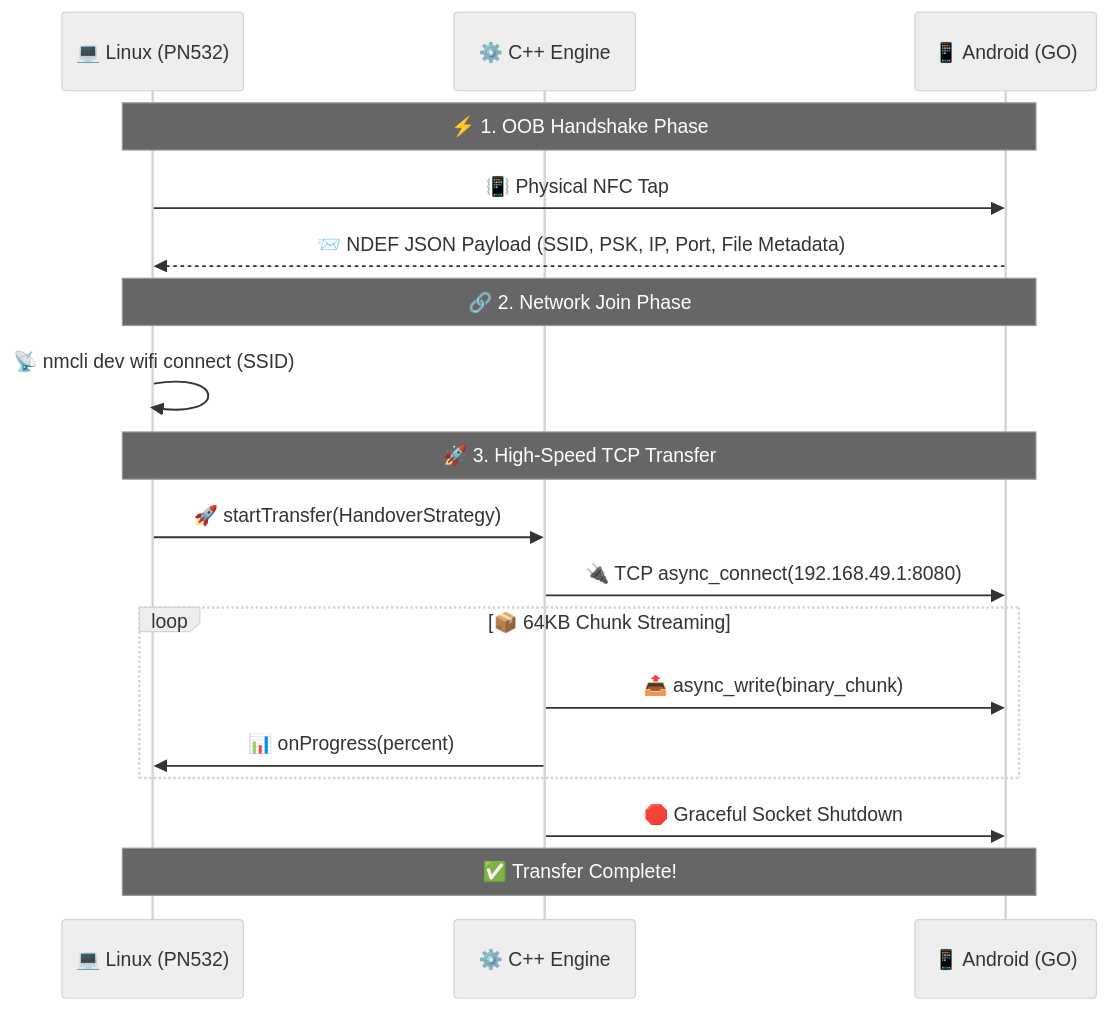
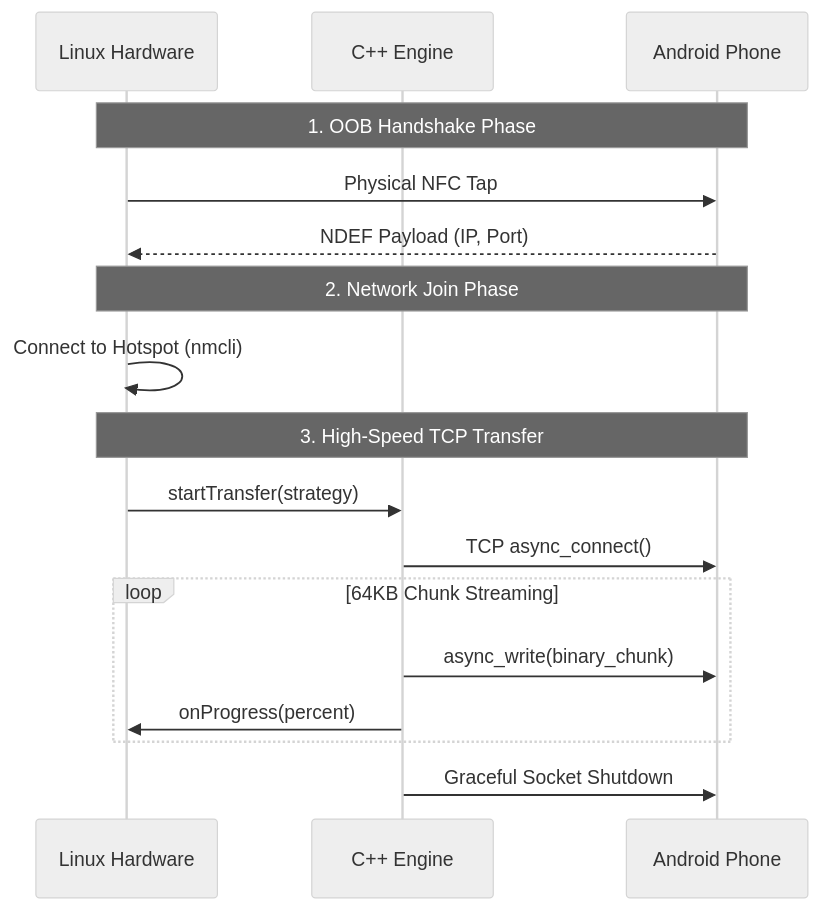
One commit to nilay007hckkr/Anyshare changed the diagram in README.md. Above: the diagram before and after it, drawn with Mermaid (neutral theme). The commit also changed other lines of this file and 1 other file, not shown here.

Commit message:
Add animated SVG file transfer animation and clean up messy mermaid diagram

````diff
--- a/README.md
+++ b/README.md
@@ -53,24 +59,22 @@
 ```mermaid
 sequenceDiagram
-    participant Linux as 💻 Linux (PN532)
-    participant Engine as ⚙️ C++ Engine
-    participant Android as 📱 Android (GO)
+    participant Linux as Linux Hardware
+    participant Engine as C++ Engine
+    participant Android as Android Phone
 
-    Note over Linux,Android: ⚡ 1. OOB Handshake Phase
-    Linux->>Android: 📳 Physical NFC Tap
-    Android-->>Linux: 📨 NDEF JSON Payload (SSID, PSK, IP, Port, File Metadata)
+    Note over Linux,Android: 1. OOB Handshake Phase
+    Linux->>Android: Physical NFC Tap
+    Android-->>Linux: NDEF Payload (IP, Port)
     
-    Note over Linux,Android: 🔗 2. Network Join Phase
-    Linux->>Linux: 📡 nmcli dev wifi connect (SSID)
+    Note over Linux,Android: 2. Network Join Phase
+    Linux->>Linux: Connect to Hotspot (nmcli)
     
-    Note over Linux,Android: 🚀 3. High-Speed TCP Transfer
-    Linux->>Engine: 🚀 startTransfer(HandoverStrategy)
-    Engine->>Android: 🔌 TCP async_connect(192.168.49.1:8080)
-    loop 📦 64KB Chunk Streaming
-        Engine->>Android: 📤 async_write(binary_chunk)
-        Engine->>Linux: 📊 onProgress(percent)
+    Note over Linux,Android: 3. High-Speed TCP Transfer
+    Linux->>Engine: startTransfer(strategy)
+    Engine->>Android: TCP async_connect()
+    loop 64KB Chunk Streaming
+        Engine->>Android: async_write(binary_chunk)
+        Engine->>Linux: onProgress(percent)
     end
-    Engine->>Android: 🛑 Graceful Socket Shutdown
-    
-    Note over Linux,Android: ✅ Transfer Complete!
+    Engine->>Android: Graceful Socket Shutdown
 ```
````
